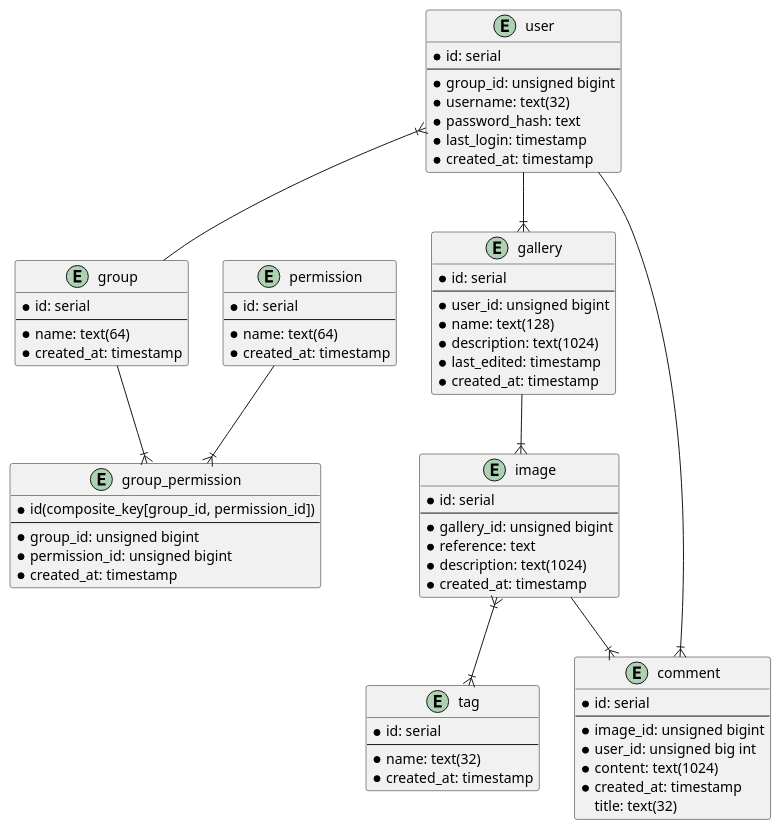
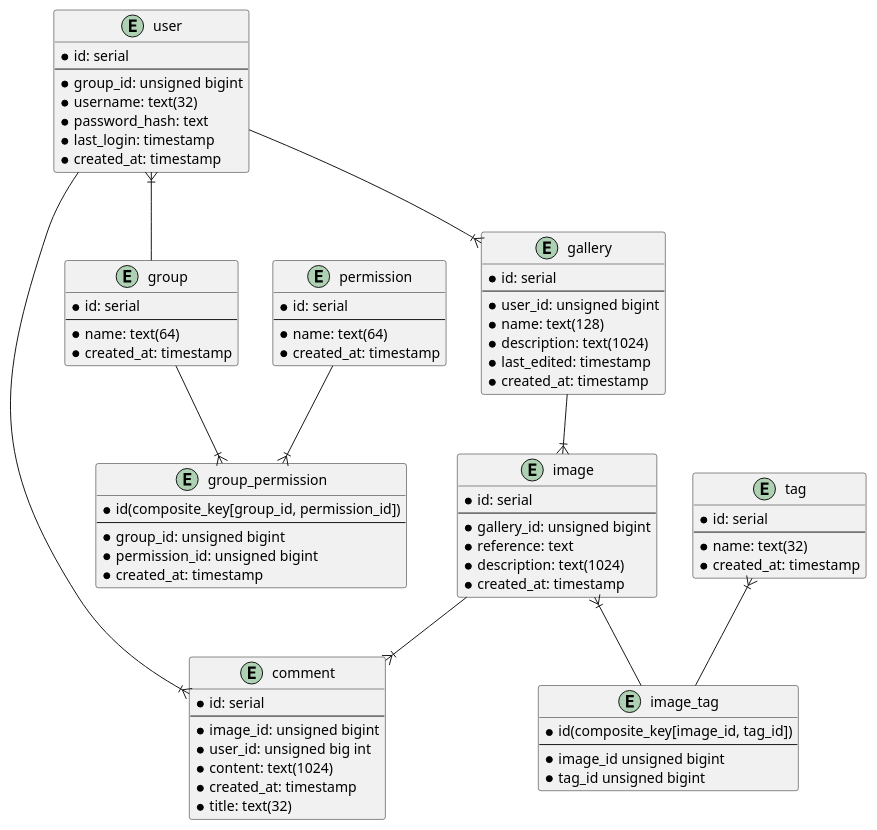
The diagram in diagrams/physical_diagram.puml (SCI-TSIAI/3A), drawn with PlantUML before and after one commit. The commit also changed 1 other file, not shown here.

Commit message:
-Changed physical diagram -Added initial schema

```diff
--- a/diagrams/physical_diagram.puml
+++ b/diagrams/physical_diagram.puml
@@ -1,81 +1,89 @@
 @startuml
 entity user {
   * id: serial
   --
   * group_id: unsigned bigint
   * username: text(32)
   * password_hash: text
   * last_login: timestamp
   * created_at: timestamp
 }
 
 entity group {
   * id: serial
   --
   * name: text(64)
   * created_at: timestamp
 }
 
 entity group_permission {
   * id(composite_key[group_id, permission_id])
   --
   * group_id: unsigned bigint
   * permission_id: unsigned bigint
   * created_at: timestamp 
 }
 
 entity permission {
   * id: serial
   --
   * name: text(64)
   * created_at: timestamp
 }
 
 entity gallery {
   * id: serial
   --
   * user_id: unsigned bigint
   * name: text(128)
   * description: text(1024)
   * last_edited: timestamp
   * created_at: timestamp
 }
 
 entity image {
   * id: serial
   --
   * gallery_id: unsigned bigint
   * reference: text
   * description: text(1024)
   * created_at: timestamp
 }
 
 entity comment{
   * id: serial
   --
   * image_id: unsigned bigint
   * user_id: unsigned big int
   * content: text(1024)
   * created_at: timestamp
-    title: text(32)
+  * title: text(32)
+}
+
+entity image_tag{
+  * id(composite_key[image_id, tag_id])
+  --
+  *image_id unsigned bigint
+  *tag_id unsigned bigint
 }
 
 entity tag {
   * id: serial
   --
   * name: text(32)
   * created_at: timestamp
 } 
 
 
 user    --|{ gallery
 user    --|{ comment
 gallery --|{ image
 image   --|{ comment
-image }|--|{ tag
+image }|-- image_tag
+tag }|-- image_tag
 
 user }|-- group
 group --|{ group_permission
 permission --|{ group_permission
 
 @enduml
```
